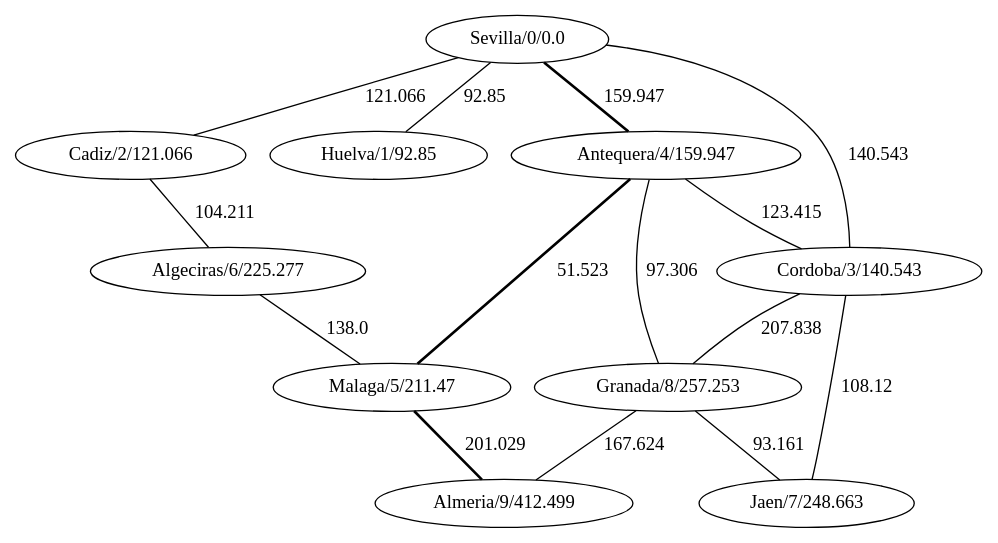
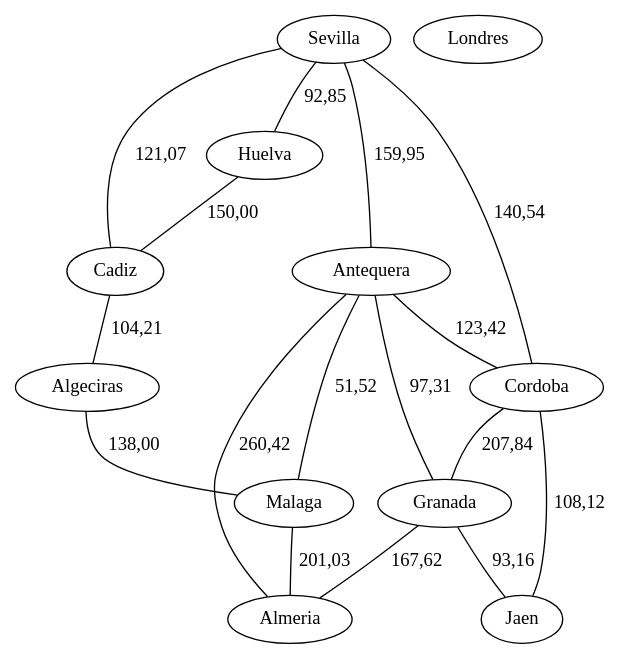
The diagram in java/EjemplosDeGrafos/ficheros/andaluciaAStar.gv (migueltoro/ada_v2_18), drawn with Graphviz before and after one commit. The commit also changed 32 other files, not shown here.

```diff
--- a/java/EjemplosDeGrafos/ficheros/andaluciaAStar.gv
+++ b/java/EjemplosDeGrafos/ficheros/andaluciaAStar.gv
@@ -1,26 +1,29 @@
 strict graph G {
-  1 [ label="Sevilla/0/0.0" ];
-  2 [ label="Cadiz/2/121.066" ];
-  3 [ label="Huelva/1/92.85" ];
-  4 [ label="Cordoba/3/140.543" ];
-  5 [ label="Malaga/5/211.47" ];
-  6 [ label="Antequera/4/159.947" ];
-  7 [ label="Almeria/9/412.499" ];
-  8 [ label="Granada/8/257.253" ];
-  9 [ label="Jaen/7/248.663" ];
-  10 [ label="Algeciras/6/225.277" ];
-  1 -- 3 [ label="92.85" ];
-  1 -- 4 [ label="140.543" ];
-  1 -- 2 [ label="121.066" ];
-  1 -- 6 [ label="159.947" style="bold" ];
-  6 -- 8 [ label="97.306" ];
-  6 -- 5 [ label="51.523" style="bold" ];
-  6 -- 4 [ label="123.415" ];
-  5 -- 7 [ label="201.029" style="bold" ];
-  4 -- 9 [ label="108.12" ];
-  4 -- 8 [ label="207.838" ];
-  8 -- 7 [ label="167.624" ];
-  8 -- 9 [ label="93.161" ];
-  2 -- 10 [ label="104.211" ];
-  10 -- 5 [ label="138.0" ];
+  1 [ color="black" label="Sevilla" ];
+  2 [ color="black" label="Cadiz" ];
+  3 [ color="black" label="Huelva" ];
+  4 [ color="black" label="Cordoba" ];
+  5 [ color="black" label="Malaga" ];
+  6 [ color="black" label="Antequera" ];
+  7 [ color="black" label="Almeria" ];
+  8 [ color="black" label="Granada" ];
+  9 [ color="black" label="Jaen" ];
+  10 [ color="black" label="Algeciras" ];
+  11 [ color="black" label="Londres" ];
+  1 -- 3 [ style="solid" label="92,85" ];
+  1 -- 4 [ style="solid" label="140,54" ];
+  1 -- 2 [ style="solid" label="121,07" ];
+  1 -- 6 [ style="solid" label="159,95" ];
+  3 -- 2 [ style="solid" label="150,00" ];
+  6 -- 8 [ style="solid" label="97,31" ];
+  6 -- 5 [ style="solid" label="51,52" ];
+  6 -- 4 [ style="solid" label="123,42" ];
+  6 -- 7 [ style="solid" label="260,42" ];
+  5 -- 7 [ style="solid" label="201,03" ];
+  4 -- 9 [ style="solid" label="108,12" ];
+  4 -- 8 [ style="solid" label="207,84" ];
+  8 -- 7 [ style="solid" label="167,62" ];
+  8 -- 9 [ style="solid" label="93,16" ];
+  2 -- 10 [ style="solid" label="104,21" ];
+  10 -- 5 [ style="solid" label="138,00" ];
 }
```
